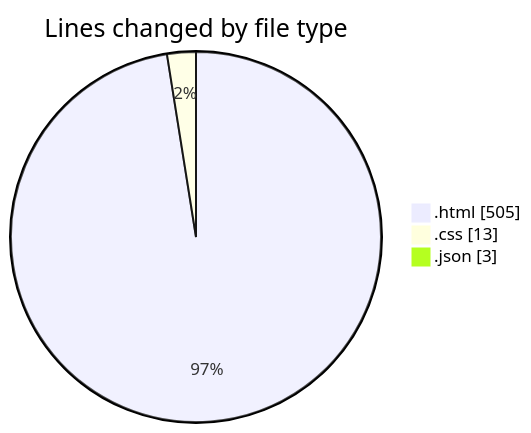
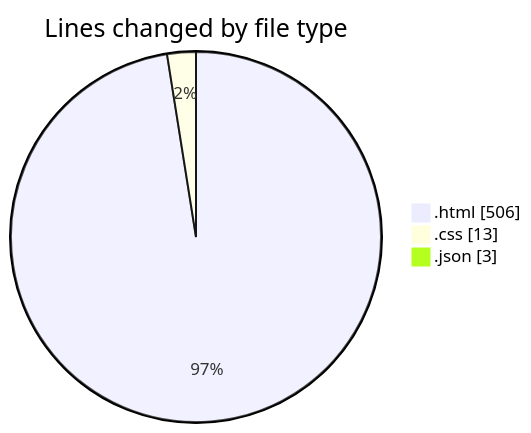
One commit to hasnaa123/code-tracking changed the first of 2 diagrams in 2025-12-11/technologie_web/README.md. Above: the diagram before and after it, drawn with Mermaid. The commit also changed other lines of this file and 1 other file, not shown here.

````diff
--- a/2025-12-11/technologie_web/README.md
+++ b/2025-12-11/technologie_web/README.md
@@ -23,7 +23,7 @@
 ```mermaid
 pie showData
 title Lines changed by file type
-".html" : 505
+".html" : 506
 ".css" : 13
 ".json" : 3
 ```
````
